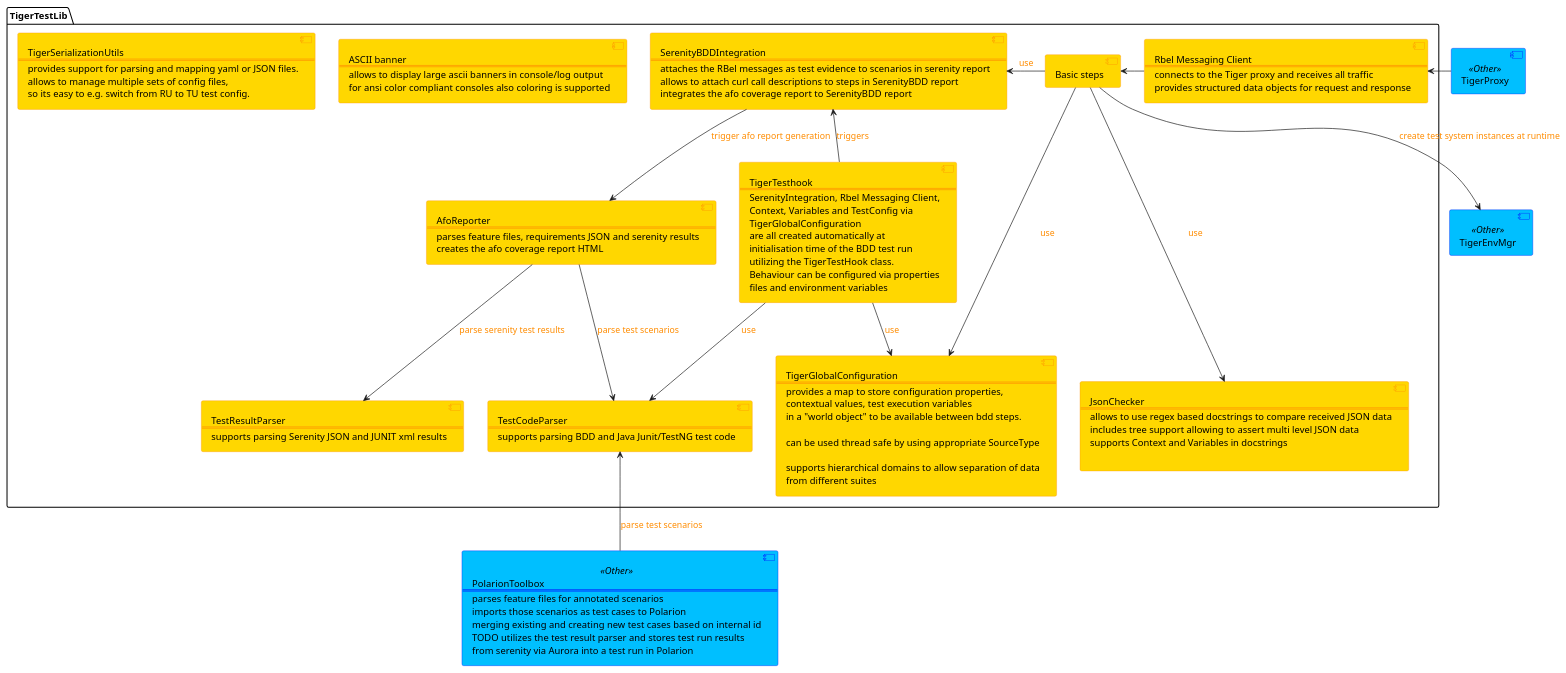
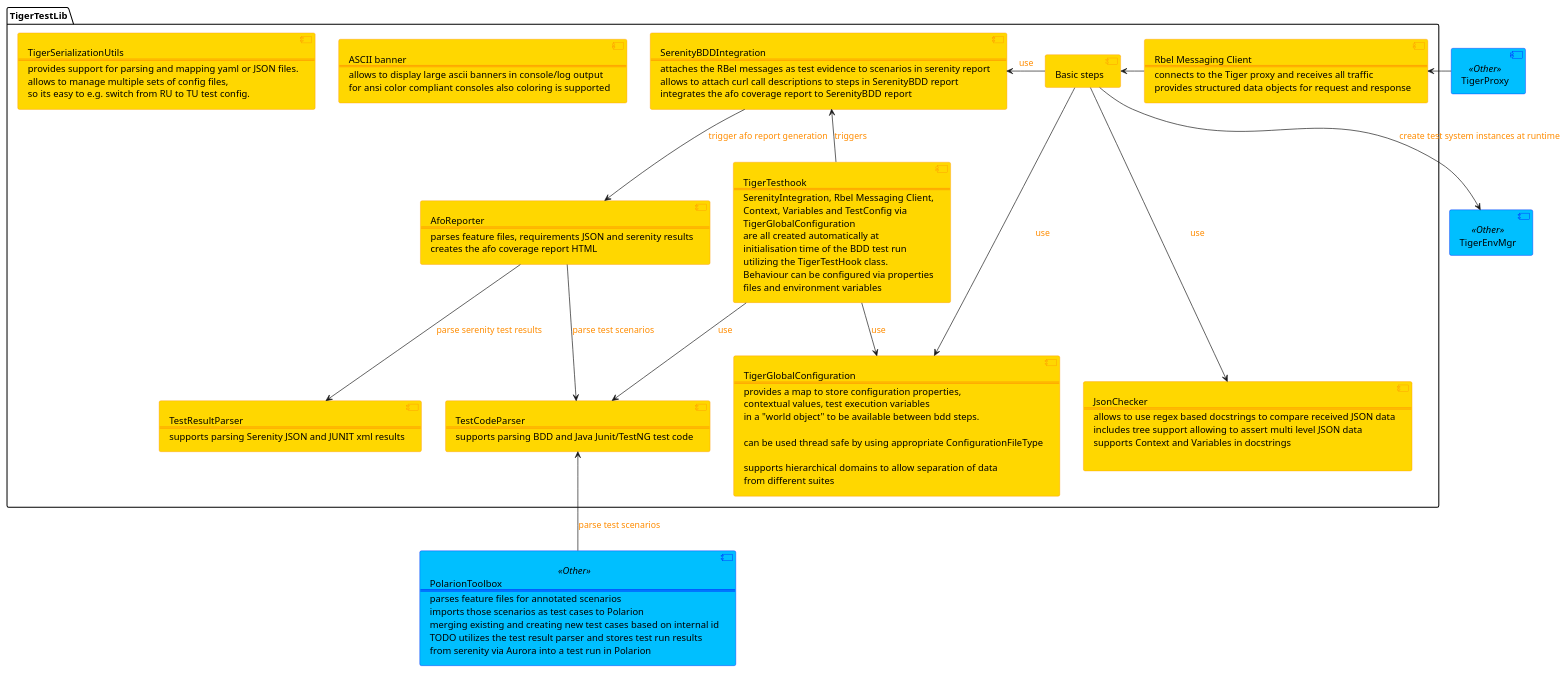
Before and after one commit to gematik/app-Tiger: the diagram in doc/specification/tiger-test-lib_components.puml, drawn with PlantUML. The commit also changed 979 other files, not shown here.

```diff
--- a/doc/specification/tiger-test-lib_components.puml
+++ b/doc/specification/tiger-test-lib_components.puml
@@ -1,125 +1,125 @@
 @startuml
 skinparam component {
     BackgroundColor Gold
     BorderColor DarkOrange
     BackgroundColor<<External>> LightGray
     BorderColor<<External>> Blue
     BackgroundColor<<Idp>> LightGreen
     BorderColor<<Idp>> Green
     BackgroundColor<<Other>> DeepSkyBlue
     BorderColor<<Other>> Blue
     BackgroundColor<<NextRelease>> LightGray
     FontColor<<NextRelease>> Gray
     BorderColor<<NextRelease>> Gray
     ArrowColor<<HTTP>> DodgerBlue
     FontColor<<HTTP>> Gray
     ArrowFontColor DarkOrange
     ArrowThickness 1
 }
 
 skinparam interface {
     BorderColor<<HTTP>> DodgerBlue
 }
 
     component TigerProxy as tp <<Other>>
     component TigerEnvMgr as tem <<Other>>
     component polc <<Other>> [PolarionToolbox
       ===
       parses feature files for annotated scenarios
       imports those scenarios as test cases to Polarion
       merging existing and creating new test cases based on internal id
       TODO utilizes the test result parser and stores test run results
       from serenity via Aurora into a test run in Polarion
     ]
 
     package TigerTestLib {
       component "Basic steps" as bs
       component jsonchck [JsonChecker
         ===
         allows to use regex based docstrings to compare received JSON data
         includes tree support allowing to assert multi level JSON data
         supports Context and Variables in docstrings
 
       ]
       component tgcfg [TigerGlobalConfiguration
         ===
         provides a map to store configuration properties,
         contextual values, test execution variables
         in a "world object" to be available between bdd steps.
 
-        can be used thread safe by using appropriate SourceType
+        can be used thread safe by using appropriate ConfigurationFileType
 
         supports hierarchical domains to allow separation of data
         from different suites
       ]
 '        similar to Context provides a map based storage for
 '        variables that can be used with ${VAR.xxxxx} in steps
       component rbelcli [Rbel Messaging Client
         ===
         connects to the Tiger proxy and receives all traffic
         provides structured data objects for request and response
       ]
       component aforep [AfoReporter
         ===
         parses feature files, requirements JSON and serenity results
         creates the afo coverage report HTML
       ]
       component codepars [TestCodeParser
         ===
         supports parsing BDD and Java Junit/TestNG test code
       ]
       component resparse [TestResultParser
         ===
         supports parsing Serenity JSON and JUNIT xml results
       ]
       component serint [SerenityBDDIntegration
         ===
         attaches the RBel messages as test evidence to scenarios in serenity report
         allows to attach curl call descriptions to steps in SerenityBDD report
         integrates the afo coverage report to SerenityBDD report
       ]
       component banner [ASCII banner
         ===
         allows to display large ascii banners in console/log output
         for ansi color compliant consoles also coloring is supported
       ]
       component testcfg [TigerSerializationUtils
         ===
         provides support for parsing and mapping yaml or JSON files.
         allows to manage multiple sets of config files,
         so its easy to e.g. switch from RU to TU test config.
       ]
 
       component tth [TigerTesthook
         ===
         SerenityIntegration, Rbel Messaging Client,
         Context, Variables and TestConfig via
         TigerGlobalConfiguration
         are all created automatically at
         initialisation time of the BDD test run
         utilizing the TigerTestHook class.
         Behaviour can be configured via properties
         files and environment variables
       ]
     }
 
     aforep -down-> codepars : parse test scenarios
     aforep -down-> resparse : parse serenity test results
 
     polc -up-> codepars : parse test scenarios
 
     serint -down-> aforep : trigger afo report generation
 
     bs -down-> tgcfg : use
     bs -down--> jsonchck : use
     bs -left-> serint : use
 
     bs -down-> tem : create test system instances at runtime
 
     bs <-right- rbelcli
     tp -left-> rbelcli
 
     tth --> codepars: use
     tth -up-> serint : triggers
     tth --> tgcfg: use
 @enduml
```
